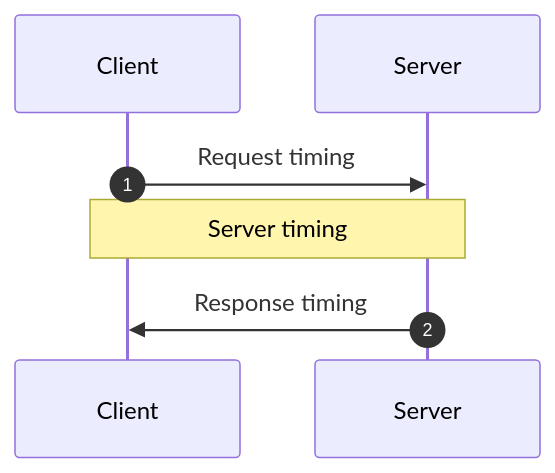
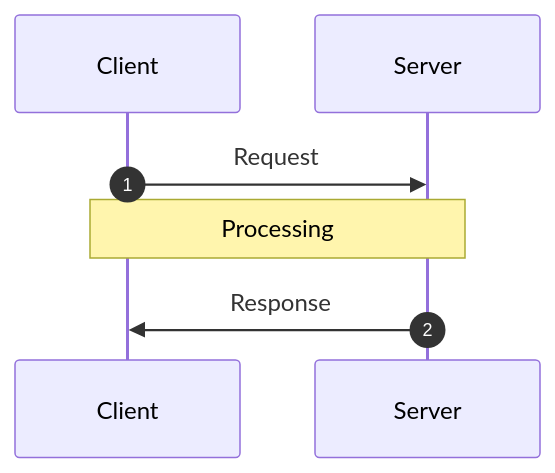
The diagram in .agents/skills/data-client-rest/references/optimistic-updates.md (reactive/data-client), drawn with Mermaid before and after one commit. The commit also changed other lines of this file and 2 other files, not shown here.

````diff
--- a/.agents/skills/data-client-rest/references/optimistic-updates.md
+++ b/.agents/skills/data-client-rest/references/optimistic-updates.md
@@ -320,9 +239,9 @@
 ```mermaid
 sequenceDiagram
     autonumber
     participant Client
     participant Server
-    Client->>Server: Request timing
-    Note over Client,Server: Server timing
-    Server->>Client: Response timing
+    Client->>Server: Request
+    Note over Client,Server: Processing
+    Server->>Client: Response
 ```
````
